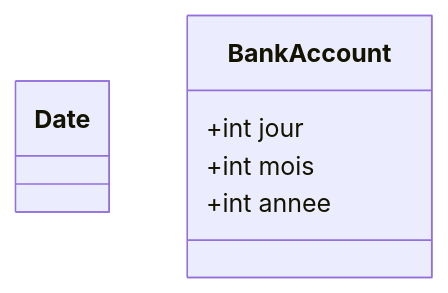
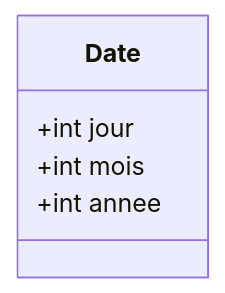
One commit to elghallali/KaoutarTD changed the diagram in README.md. Above: the diagram before and after it, drawn with Mermaid. The commit also changed other lines of this file, not shown here.

````diff
--- a/README.md
+++ b/README.md
@@ -24,7 +24,7 @@
 ```mermaid
 classDiagram
     class Date
-    BankAccount : +int jour
-    BankAccount : +int mois
-    BankAccount : +int annee
+    Date : +int jour
+    Date : +int mois
+    Date : +int annee
 ```
````
